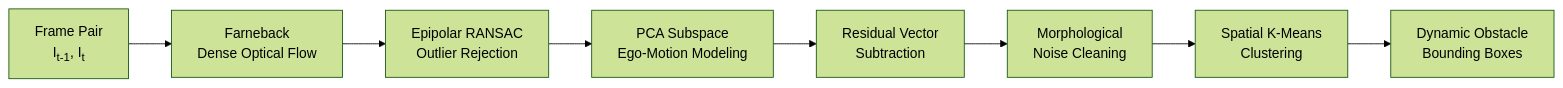
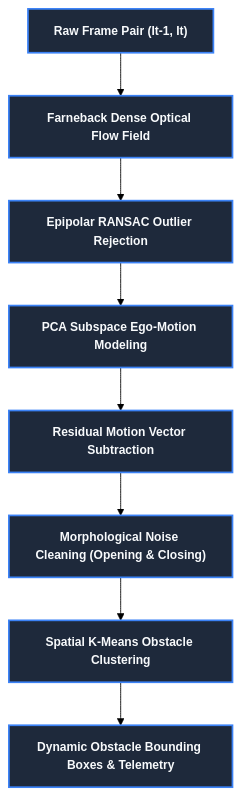
One commit to alokpatel4357/kitti-ego-tracker changed the first of 3 diagrams in README.md. Above: the diagram before and after it, drawn with Mermaid (forest theme).

Commit message:
docs: update methodology pipeline flowchart in README

````diff
--- a/README.md
+++ b/README.md
@@ -23,10 +23,13 @@
 ```mermaid
-flowchart LR
-    A[Frame Pair<br/>I<sub>t-1</sub>, I<sub>t</sub>] --> B[Farneback<br/>Dense Optical Flow]
-    B --> C[Epipolar RANSAC<br/>Outlier Rejection]
-    C --> D[PCA Subspace<br/>Ego-Motion Modeling]
-    D --> E[Residual Vector<br/>Subtraction]
-    E --> F[Morphological<br/>Noise Cleaning]
-    F --> G[Spatial K-Means<br/>Clustering]
-    G --> H[Dynamic Obstacle<br/>Bounding Boxes]
+flowchart TD
+    A["Raw Frame Pair (It-1, It)"] --> B["Farneback Dense Optical Flow Field"]
+    B --> C["Epipolar RANSAC Outlier Rejection"]
+    C --> D["PCA Subspace Ego-Motion Modeling"]
+    D --> E["Residual Motion Vector Subtraction"]
+    E --> F["Morphological Noise Cleaning (Opening & Closing)"]
+    F --> G["Spatial K-Means Obstacle Clustering"]
+    G --> H["Dynamic Obstacle Bounding Boxes & Telemetry"]
+
+    classDef stage fill:#1e293b,stroke:#3b82f6,stroke-width:2px,color:#f8fafc,font-size:14px,font-weight:bold;
+    class A,B,C,D,E,F,G,H stage;
 ```
````
